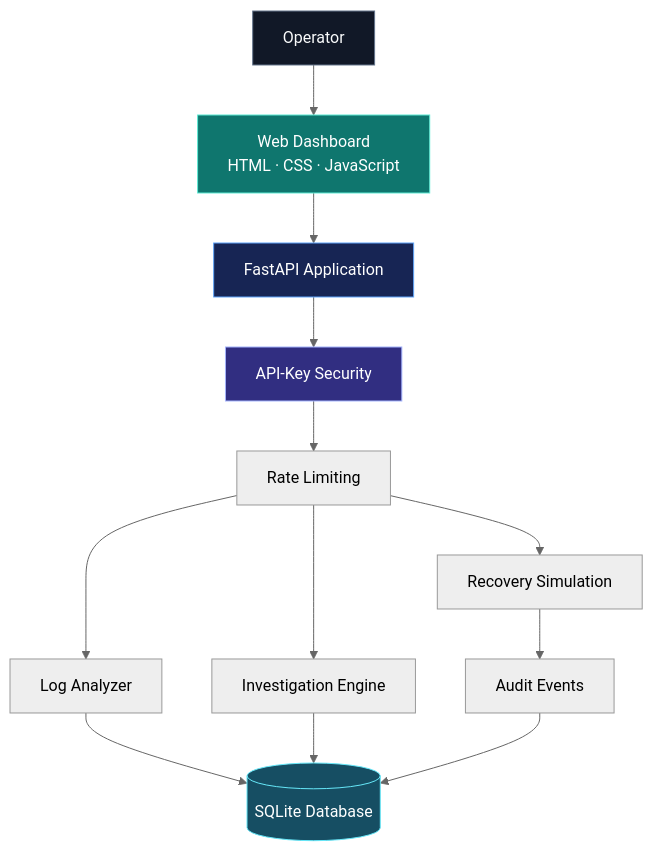
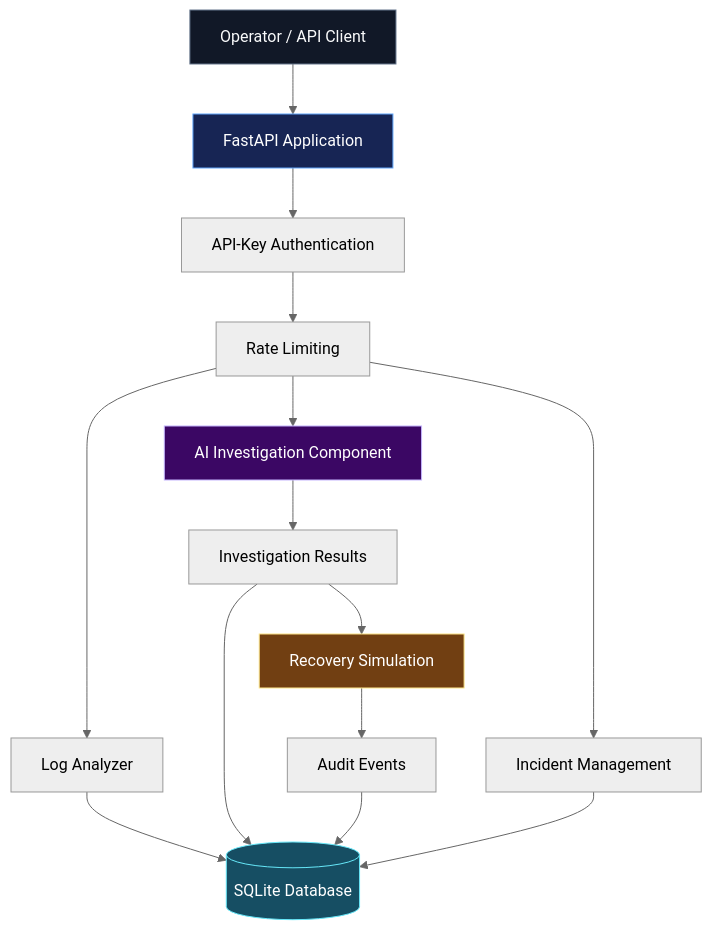
One commit to akankshad1712/aegis-ai changed the first of 2 diagrams in README.md. Above: the diagram before and after it, drawn with Mermaid (neutral theme). The commit also changed other lines of this file, not shown here.

````diff
--- a/README.md
+++ b/README.md
@@ -200,32 +118,36 @@
 ```mermaid
 flowchart TD
-    U["Operator"]
-    W["Web Dashboard<br/>HTML · CSS · JavaScript"]
-    A["FastAPI Application"]
-    S["API-Key Security"]
-    R["Rate Limiting"]
-    L["Log Analyzer"]
-    I["Investigation Engine"]
-    X["Recovery Simulation"]
-    E["Audit Events"]
-    D[("SQLite Database")]
+    USER["Operator / API Client"]
+    API["FastAPI Application"]
+    AUTH["API-Key Authentication"]
+    RATE["Rate Limiting"]
+    LOG["Log Analyzer"]
+    AGENT["AI Investigation Component"]
+    INCIDENTS["Incident Management"]
+    RESULTS["Investigation Results"]
+    RECOVERY["Recovery Simulation"]
+    AUDIT["Audit Events"]
+    DB[("SQLite Database")]
 
-    U --> W
-    W --> A
-    A --> S
-    S --> R
-    R --> L
-    R --> I
-    R --> X
+    USER --> API
+    API --> AUTH
+    AUTH --> RATE
 
-    L --> D
-    I --> D
-    X --> E
-    E --> D
+    RATE --> LOG
+    RATE --> AGENT
+    RATE --> INCIDENTS
 
-    style U fill:#111827,color:#F9FAFB,stroke:#64748B
-    style W fill:#0F766E,color:#FFFFFF,stroke:#5EEAD4
-    style A fill:#172554,color:#FFFFFF,stroke:#60A5FA
-    style S fill:#312E81,color:#FFFFFF,stroke:#A5B4FC
-    style D fill:#164E63,color:#FFFFFF,stroke:#67E8F9
+    LOG --> DB
+    AGENT --> RESULTS
+    RESULTS --> DB
+    INCIDENTS --> DB
+    RESULTS --> RECOVERY
+    RECOVERY --> AUDIT
+    AUDIT --> DB
+
+    style USER fill:#111827,color:#F9FAFB,stroke:#64748B
+    style API fill:#172554,color:#FFFFFF,stroke:#60A5FA
+    style AGENT fill:#3B0764,color:#FFFFFF,stroke:#C4B5FD
+    style DB fill:#164E63,color:#FFFFFF,stroke:#67E8F9
+    style RECOVERY fill:#713F12,color:#FFFFFF,stroke:#FDE68A
 ```
````
